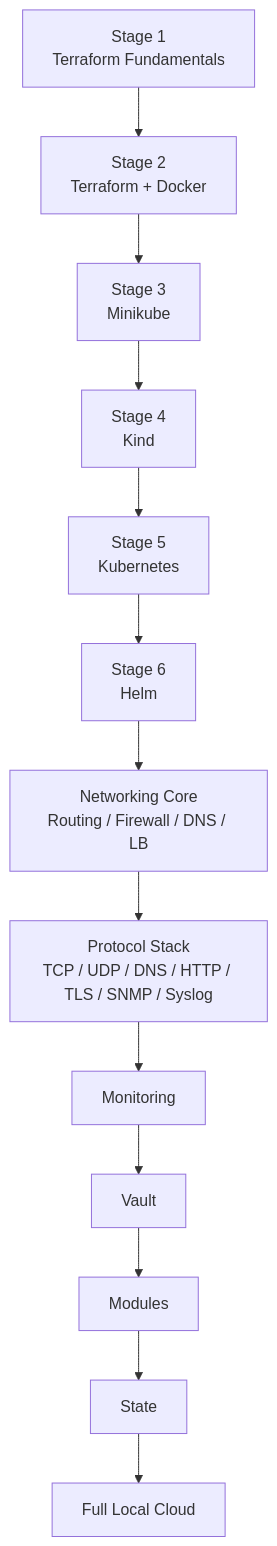
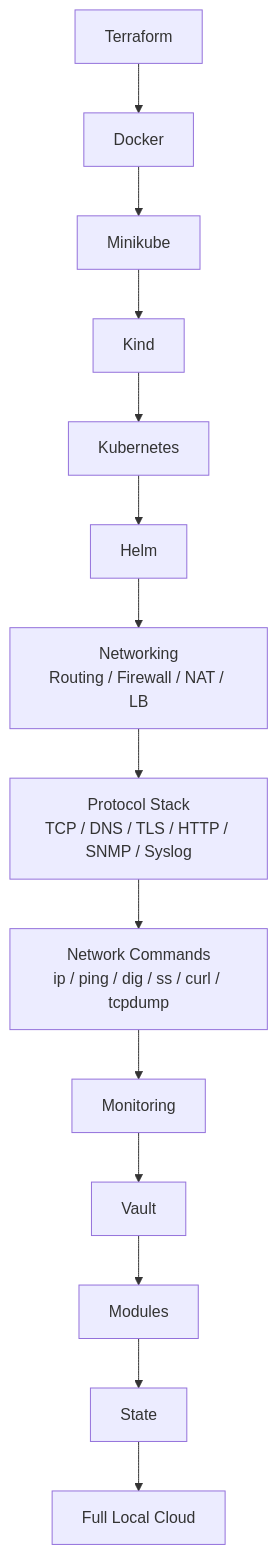
One commit to seki999/terraform-local-cloud-learning-lab changed the diagram in docs/00-learning-roadmap.md. Above: the diagram before and after it, drawn with Mermaid. The commit also changed other lines of this file and 13 other files, not shown here.

````diff
--- a/docs/00-learning-roadmap.md
+++ b/docs/00-learning-roadmap.md
@@ -7,18 +7,19 @@
 ```mermaid
 flowchart TD
-    S1["Stage 1\nTerraform Fundamentals"]
-    S2["Stage 2\nTerraform + Docker"]
-    S3["Stage 3\nMinikube"]
-    S4["Stage 4\nKind"]
-    S5["Stage 5\nKubernetes"]
-    S6["Stage 6\nHelm"]
-    N["Networking Core\nRouting / Firewall / DNS / LB"]
-    P["Protocol Stack\nTCP / UDP / DNS / HTTP / TLS / SNMP / Syslog"]
+    S1["Terraform"]
+    S2["Docker"]
+    S3["Minikube"]
+    S4["Kind"]
+    S5["Kubernetes"]
+    S6["Helm"]
+    N["Networking\nRouting / Firewall / NAT / LB"]
+    P["Protocol Stack\nTCP / DNS / TLS / HTTP / SNMP / Syslog"]
+    C["Network Commands\nip / ping / dig / ss / curl / tcpdump"]
     S8["Monitoring"]
     S9["Vault"]
     S10["Modules"]
     S11["State"]
     S12["Full Local Cloud"]
 
-    S1 --> S2 --> S3 --> S4 --> S5 --> S6 --> N --> P --> S8 --> S9 --> S10 --> S11 --> S12
+    S1 --> S2 --> S3 --> S4 --> S5 --> S6 --> N --> P --> C --> S8 --> S9 --> S10 --> S11 --> S12
 ```
````
